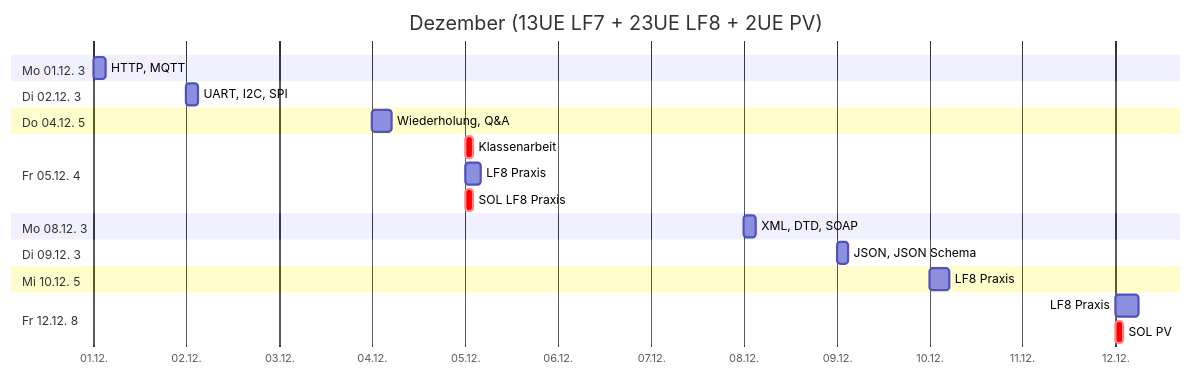
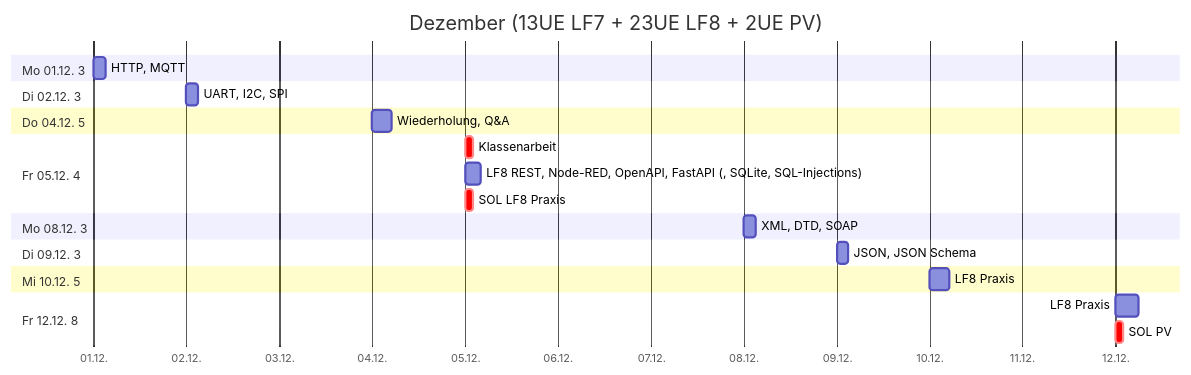
One commit to jonasnemeth/LF7 changed the third of 6 diagrams in src/plan.md. Above: the diagram before and after it, drawn with Mermaid. The commit also changed other lines of this file, not shown here.

````diff
--- a/src/plan.md
+++ b/src/plan.md
@@ -44,25 +44,25 @@
 ```mermaid
 gantt
  title Dezember (13UE LF7 + 23UE LF8 + 2UE PV)
  dateFormat YYYY-MM-DD
  axisFormat %d.%m.
  section Mo 01.12. 3
   HTTP, MQTT                  :2025-12-01, 3h
  section Di 02.12. 3
   UART, I2C, SPI              :2025-12-02, 3h
  section Do 04.12. 5
   Wiederholung, Q&A           :2025-12-04, 5h
  section Fr 05.12. 4
   Klassenarbeit               :crit, 2025-12-05, 2h
-  LF8 Praxis                  :2025-12-05, 4h
+  LF8 REST, Node-RED, OpenAPI, FastAPI (, SQLite, SQL-Injections)      :2025-12-05, 4h
   SOL LF8 Praxis              :crit, 2025-12-05, 2h
  section Mo 08.12. 3
   XML, DTD, SOAP              :2025-12-08, 3h
  section Di 09.12. 3
   JSON, JSON Schema           :2025-12-09, 3h
  section Mi 10.12. 5
   LF8 Praxis                  :2025-12-10, 5h
  section Fr 12.12. 8
   LF8 Praxis                  :2025-12-12, 6h
   SOL PV                      :crit, 2025-12-12, 2h
 ```
````
